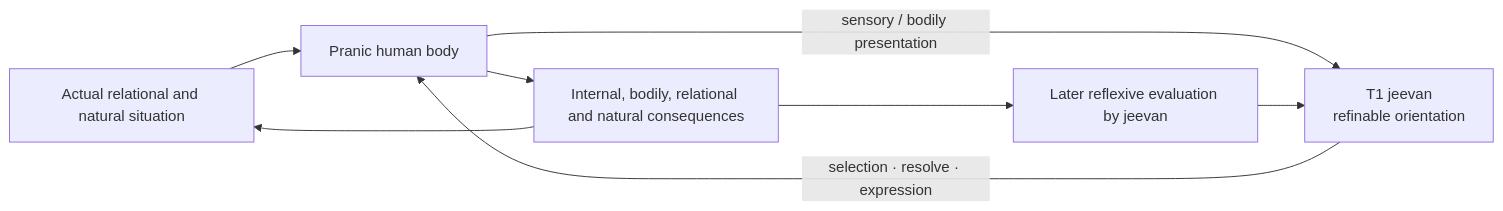
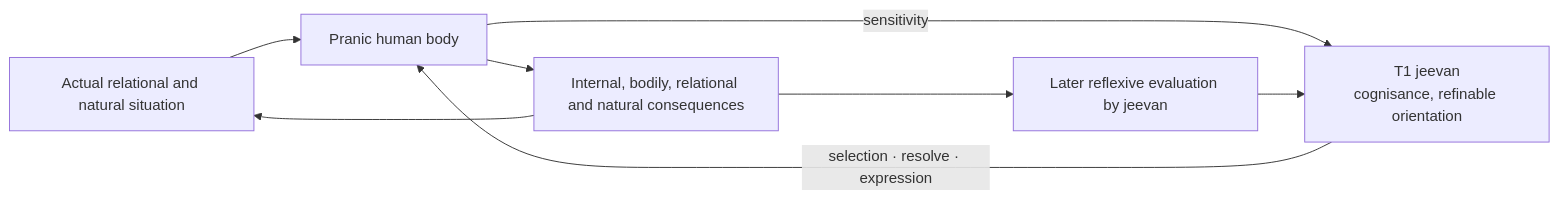
Before and after one commit to raghavamohan/AnalyticMadhyasthDarshan: the seventh of 7 diagrams in Studies/A-State-Dynamic-Model-Of-Coexistence/A-State-Dynamic-Model-Of-Coexistence.md, drawn with Mermaid. The commit also changed other lines of this file and 7 other files, not shown here.

````diff
--- a/Studies/A-State-Dynamic-Model-Of-Coexistence/A-State-Dynamic-Model-Of-Coexistence.md
+++ b/Studies/A-State-Dynamic-Model-Of-Coexistence/A-State-Dynamic-Model-Of-Coexistence.md
@@ -455,10 +460,10 @@
 ```mermaid
 flowchart LR
     WORLD["Actual relational and natural situation"] --> BODY["Pranic human body"]
-    BODY -->|"sensory / bodily presentation"| J["T1 jeevan<br/>refinable orientation"]
+    BODY -->|"sensitivity"| J["T1 jeevan<br/>cognisance, refinable orientation"]
     J -->|"selection · resolve · expression"| BODY
     BODY --> CONSEQ["Internal, bodily, relational and natural consequences"]
     CONSEQ --> WORLD
     CONSEQ --> EVAL["Later reflexive evaluation by jeevan"]
     EVAL --> J
 ```
````
